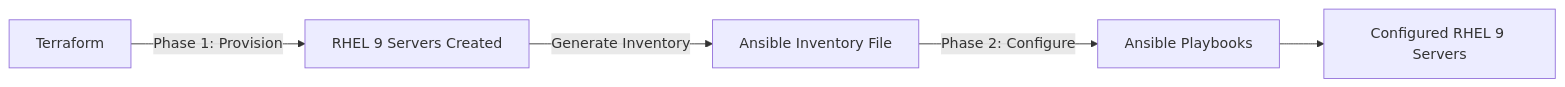
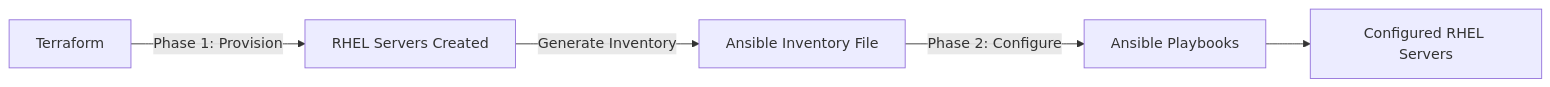
The diagram in posts/2026-03-04-terraform-ansible-rhel-9-configuration-management/README.md (OneUptime/blog), drawn with Mermaid before and after one commit. The commit also changed other lines of this file and 4866 other files, not shown here.

````diff
--- a/posts/2026-03-04-terraform-ansible-rhel-9-configuration-management/README.md
+++ b/posts/2026-03-04-terraform-ansible-rhel-9-configuration-management/README.md
@@ -15,7 +15,7 @@
 ```mermaid
 graph LR
-    A[Terraform] -->|Phase 1: Provision| B[RHEL 9 Servers Created]
+    A[Terraform] -->|Phase 1: Provision| B[RHEL Servers Created]
     B -->|Generate Inventory| C[Ansible Inventory File]
     C -->|Phase 2: Configure| D[Ansible Playbooks]
-    D --> E[Configured RHEL 9 Servers]
+    D --> E[Configured RHEL Servers]
 ```
````
